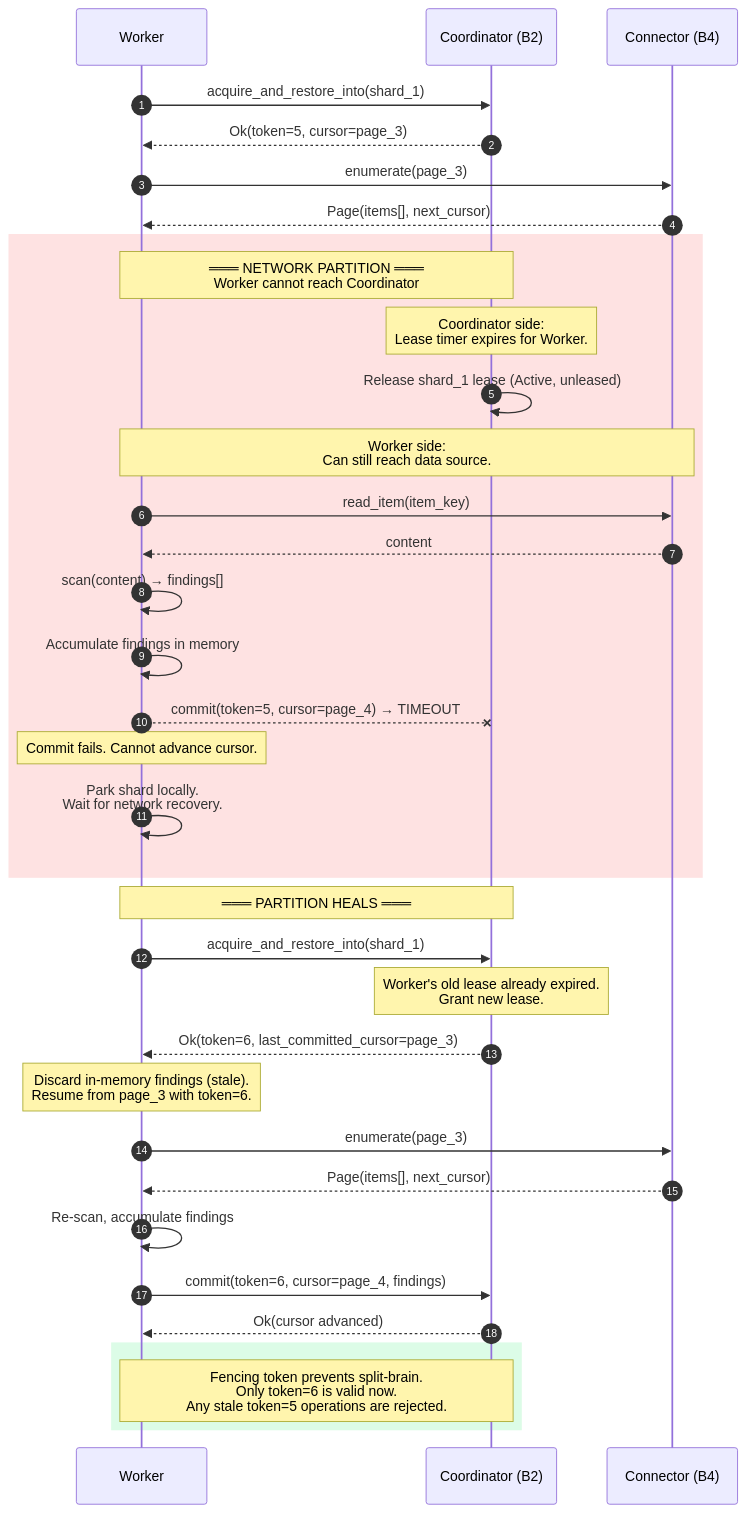
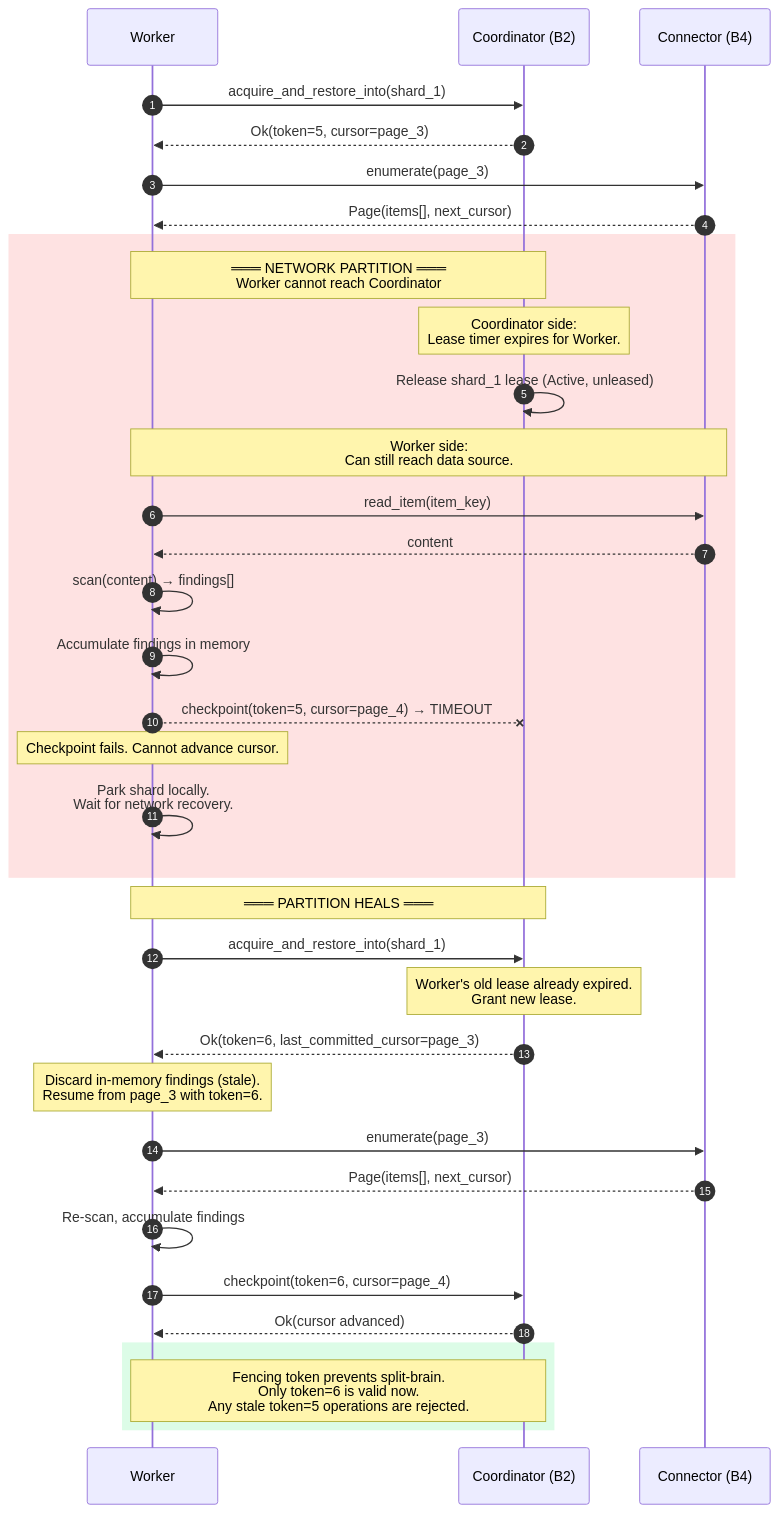
Before and after one commit to ahrav/Gossip-rs: the third of 6 diagrams in diagrams/10-failure-modes-and-recovery.md, drawn with Mermaid. The commit also changed other lines of this file, not shown here.

````diff
--- a/diagrams/10-failure-modes-and-recovery.md
+++ b/diagrams/10-failure-modes-and-recovery.md
@@ -206,49 +206,49 @@
 ```mermaid
 %% Diagram: network-partition-worker-coordinator
 sequenceDiagram
     autonumber
     participant W as Worker
     participant CO as Coordinator (B2)
     participant CN as Connector (B4)
 
     W->>CO: acquire_and_restore_into(shard_1)
     CO-->>W: Ok(token=5, cursor=page_3)
 
     W->>CN: enumerate(page_3)
     CN-->>W: Page(items[], next_cursor)
 
     rect rgb(254, 226, 226)
         Note over W,CO: ═══ NETWORK PARTITION ═══<br/>Worker cannot reach Coordinator
 
         Note over CO: Coordinator side:<br/>Lease timer expires for Worker.
         CO->>CO: Release shard_1 lease (Active, unleased)
 
         Note over W,CN: Worker side:<br/>Can still reach data source.
         W->>CN: read_item(item_key)
         CN-->>W: content
         W->>W: scan(content) → findings[]
         W->>W: Accumulate findings in memory
 
-        W--xCO: commit(token=5, cursor=page_4) → TIMEOUT
-        Note over W: Commit fails. Cannot advance cursor.
+        W--xCO: checkpoint(token=5, cursor=page_4) → TIMEOUT
+        Note over W: Checkpoint fails. Cannot advance cursor.
 
         W->>W: Park shard locally.<br/>Wait for network recovery.
     end
 
     Note over W,CO: ═══ PARTITION HEALS ═══
 
     W->>CO: acquire_and_restore_into(shard_1)
     Note over CO: Worker's old lease already expired.<br/>Grant new lease.
     CO-->>W: Ok(token=6, last_committed_cursor=page_3)
 
     Note over W: Discard in-memory findings (stale).<br/>Resume from page_3 with token=6.
     W->>CN: enumerate(page_3)
     CN-->>W: Page(items[], next_cursor)
     W->>W: Re-scan, accumulate findings
-    W->>CO: commit(token=6, cursor=page_4, findings)
+    W->>CO: checkpoint(token=6, cursor=page_4)
     CO-->>W: Ok(cursor advanced)
 
     rect rgb(220, 252, 231)
         Note over W,CO: Fencing token prevents split-brain.<br/>Only token=6 is valid now.<br/>Any stale token=5 operations are rejected.
     end
 ```
````
